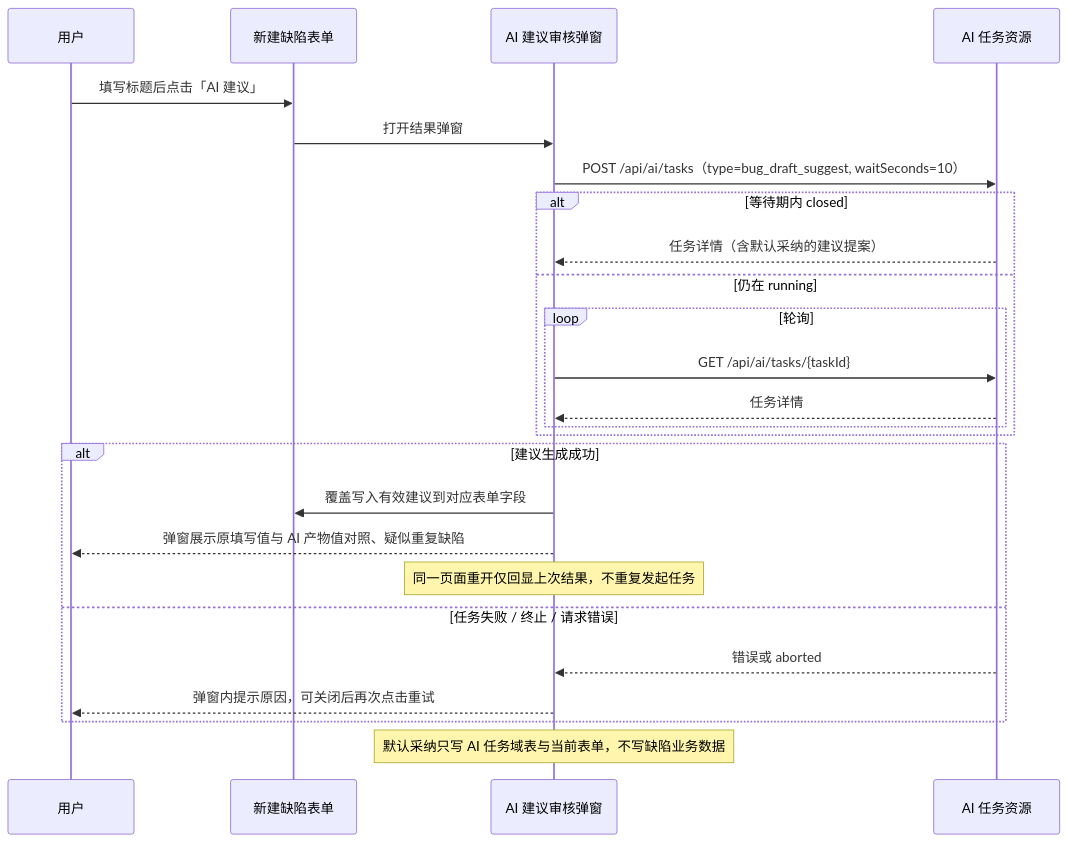
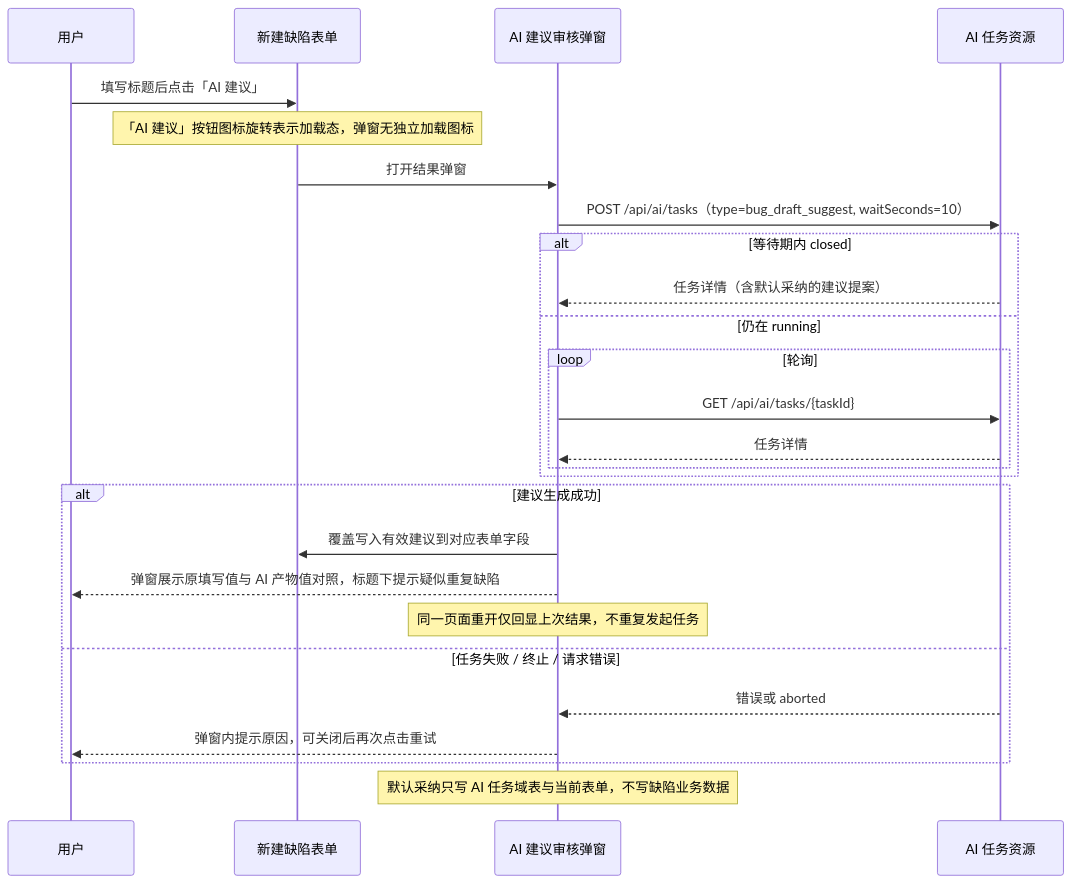
Before and after one commit to XiaoMiSum/robotest: the diagram in docs/05-interaction-design/07-ai-capability/06-defect-analysis-ui.md, drawn with Mermaid. The commit also changed other lines of this file and 3 other files, not shown here.

````diff
--- a/docs/05-interaction-design/07-ai-capability/06-defect-analysis-ui.md
+++ b/docs/05-interaction-design/07-ai-capability/06-defect-analysis-ui.md
@@ -35,27 +35,28 @@
 ```mermaid
 sequenceDiagram
   participant U as 用户
   participant F as 新建缺陷表单
   participant D as AI 建议审核弹窗
   participant T as AI 任务资源
   U->>F: 填写标题后点击「AI 建议」
+  Note over F: 「AI 建议」按钮图标旋转表示加载态，弹窗无独立加载图标
   F->>D: 打开结果弹窗
   D->>T: POST /api/ai/tasks（type=bug_draft_suggest, waitSeconds=10）
   alt 等待期内 closed
     T-->>D: 任务详情（含默认采纳的建议提案）
   else 仍在 running
     loop 轮询
       D->>T: GET /api/ai/tasks/{taskId}
       T-->>D: 任务详情
     end
   end
   alt 建议生成成功
     D->>F: 覆盖写入有效建议到对应表单字段
-    D-->>U: 弹窗展示原填写值与 AI 产物值对照、疑似重复缺陷
+    D-->>U: 弹窗展示原填写值与 AI 产物值对照，标题下提示疑似重复缺陷
     Note over D: 同一页面重开仅回显上次结果，不重复发起任务
   else 任务失败 / 终止 / 请求错误
     T-->>D: 错误或 aborted
     D-->>U: 弹窗内提示原因，可关闭后再次点击重试
   end
   Note over D: 默认采纳只写 AI 任务域表与当前表单，不写缺陷业务数据
 ```
````
